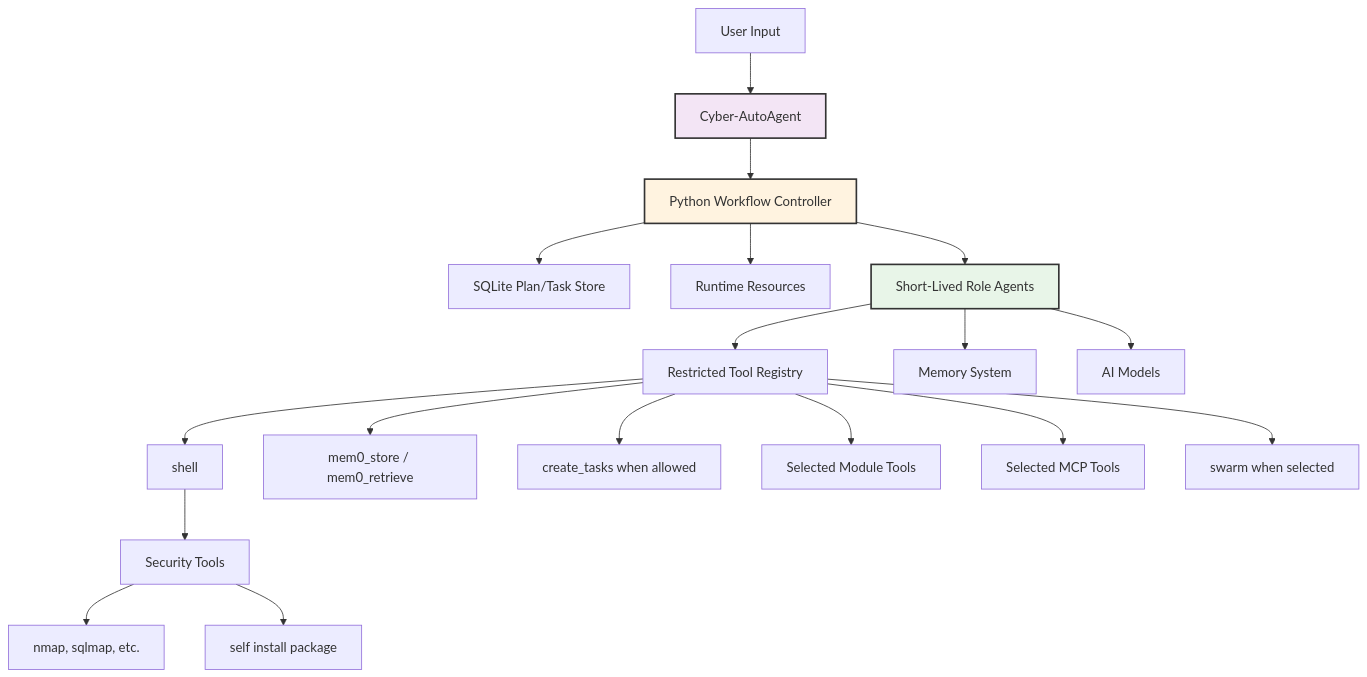
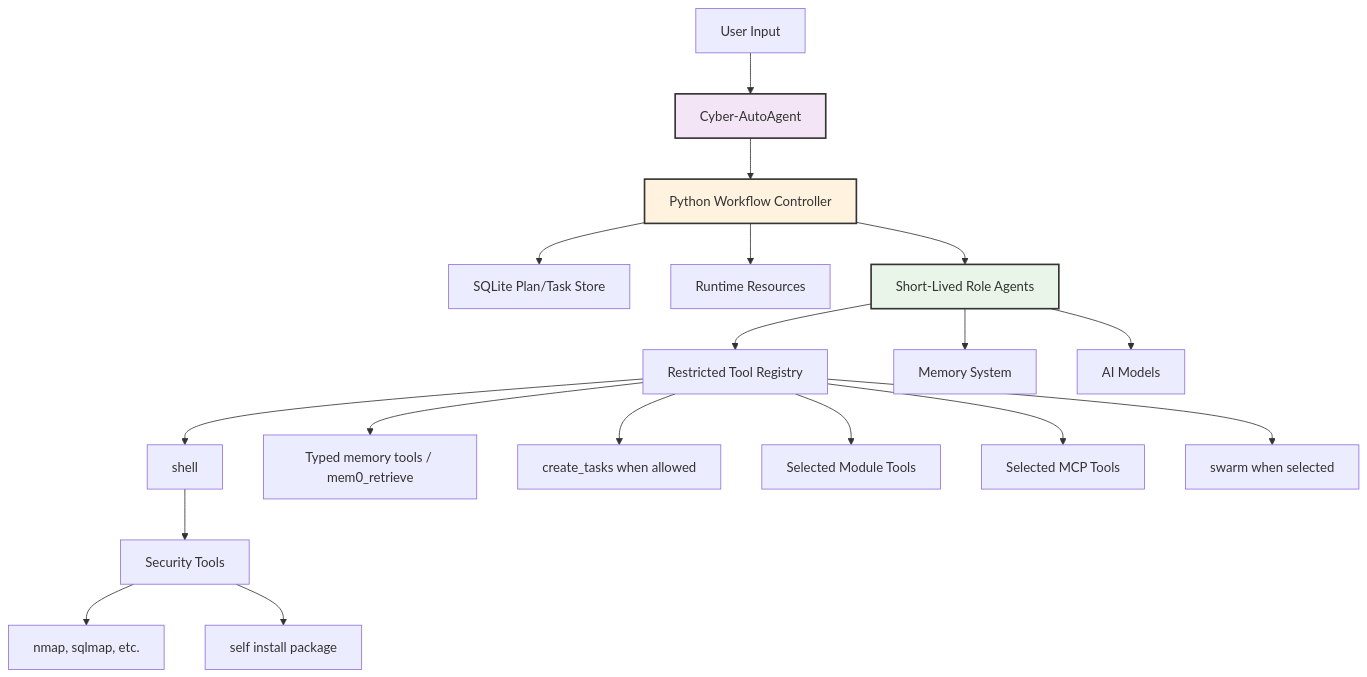
The second of 7 diagrams in docs/architecture.md (double16/Cyber-AutoAgent-ng), drawn with Mermaid before and after one commit. The commit also changed other lines of this file and 182 other files, not shown here.

````diff
--- a/docs/architecture.md
+++ b/docs/architecture.md
@@ -35,26 +58,26 @@
 ```mermaid
 graph TB
     A[User Input] --> B[Cyber-AutoAgent]
     B --> C[Python Workflow Controller]
     C --> D[SQLite Plan/Task Store]
     C --> E[Runtime Resources]
     C --> F[Short-Lived Role Agents]
     F --> G[Restricted Tool Registry]
     F --> H[Memory System]
     F --> I[AI Models]
     
     G --> J[shell]
-    G --> K[mem0_store / mem0_retrieve]
+    G --> K[Typed memory tools / mem0_retrieve]
     G --> L[create_tasks when allowed]
     G --> M[Selected Module Tools]
     G --> N[Selected MCP Tools]
     G --> O[swarm when selected]
     
     J --> P[Security Tools]
     P --> Q[nmap, sqlmap, etc.]
     P --> R[self install package]
  
     style B fill:#f3e5f5,stroke:#333,stroke-width:2px
     style C fill:#fff3e0,stroke:#333,stroke-width:2px
     style F fill:#e8f5e8,stroke:#333,stroke-width:2px
 ```
````
